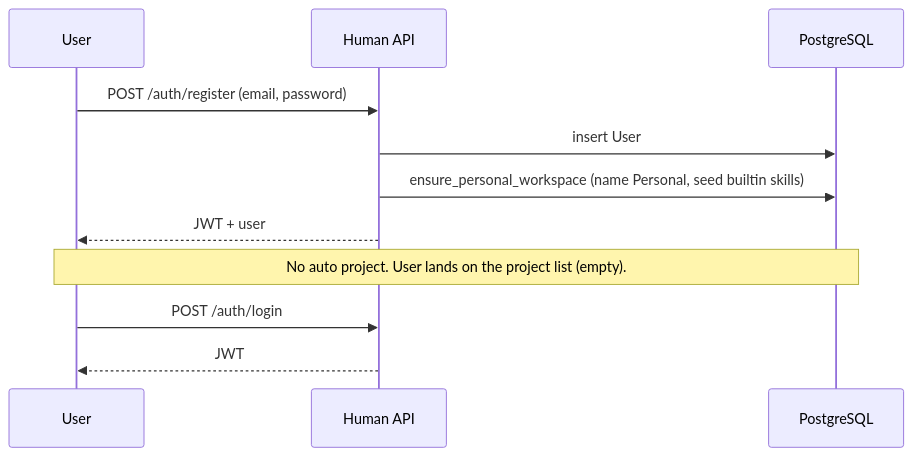
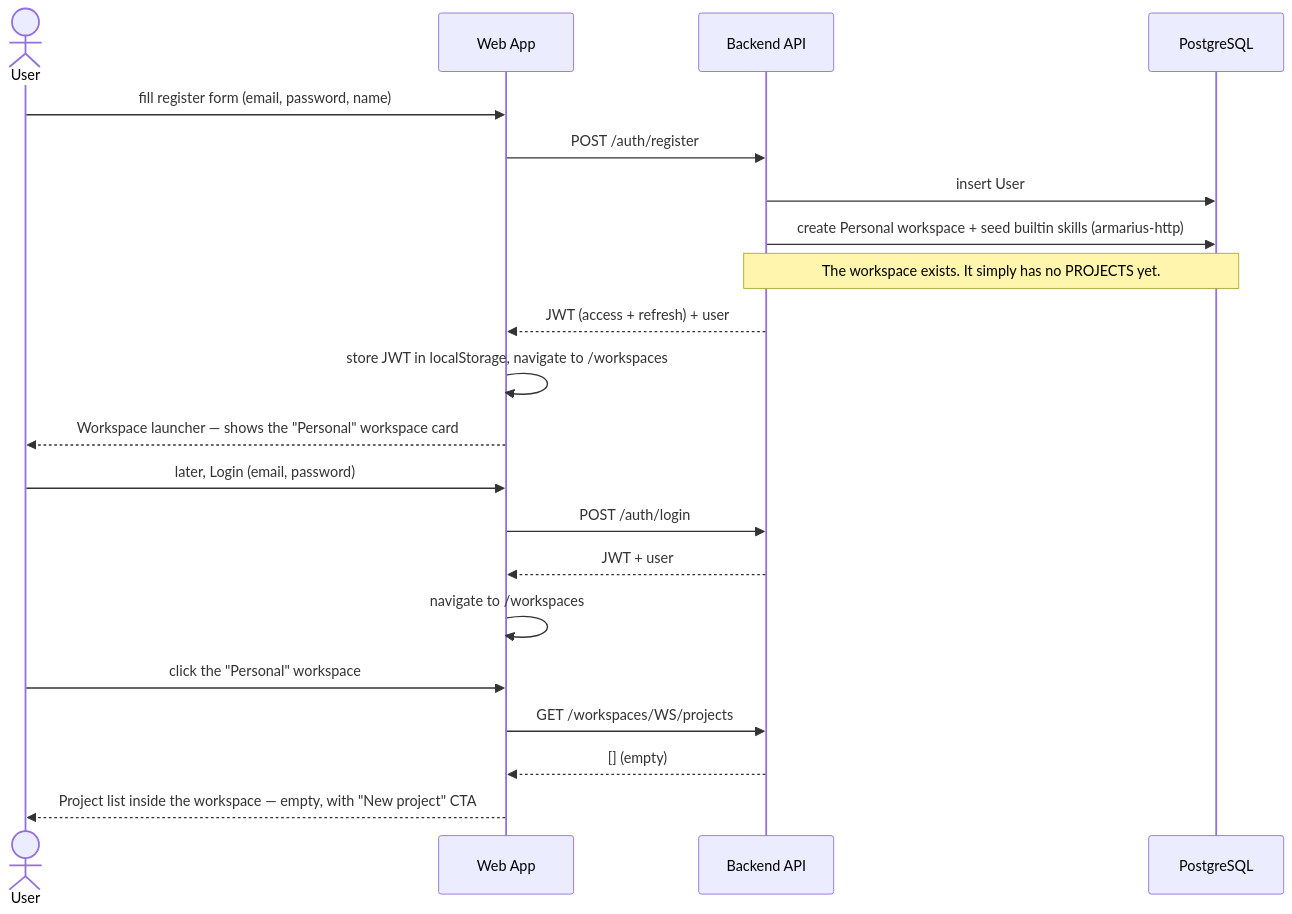
The fifth of 15 diagrams in docs/ARCHITECTURE.md (gnust-company/A.R.MARIUS), drawn with Mermaid before and after one commit. The commit also changed other lines of this file, not shown here.

First line of the commit message:
docs(architecture): rewrite use cases in full detail + Web App rename

````diff
--- a/docs/ARCHITECTURE.md
+++ b/docs/ARCHITECTURE.md
@@ -203,14 +270,25 @@
 ```mermaid
 sequenceDiagram
-  participant U as User
-  participant API as Human API
+  actor U as User
+  participant WEB as Web App
+  participant API as Backend API
   participant DB as PostgreSQL
 
-  U->>API: POST /auth/register (email, password)
+  U->>WEB: fill register form (email, password, name)
+  WEB->>API: POST /auth/register
   API->>DB: insert User
-  API->>DB: ensure_personal_workspace (name Personal, seed builtin skills)
-  API-->>U: JWT + user
-  Note over U,DB: No auto project. User lands on the project list (empty).
-  U->>API: POST /auth/login
-  API-->>U: JWT
+  API->>DB: create Personal workspace + seed builtin skills (armarius-http)
+  Note over API,DB: The workspace exists. It simply has no PROJECTS yet.
+  API-->>WEB: JWT (access + refresh) + user
+  WEB->>WEB: store JWT in localStorage, navigate to /workspaces
+  WEB-->>U: Workspace launcher — shows the "Personal" workspace card
+
+  U->>WEB: later, Login (email, password)
+  WEB->>API: POST /auth/login
+  API-->>WEB: JWT + user
+  WEB->>WEB: navigate to /workspaces
+  U->>WEB: click the "Personal" workspace
+  WEB->>API: GET /workspaces/WS/projects
+  API-->>WEB: [] (empty)
+  WEB-->>U: Project list inside the workspace — empty, with "New project" CTA
 ```
````
